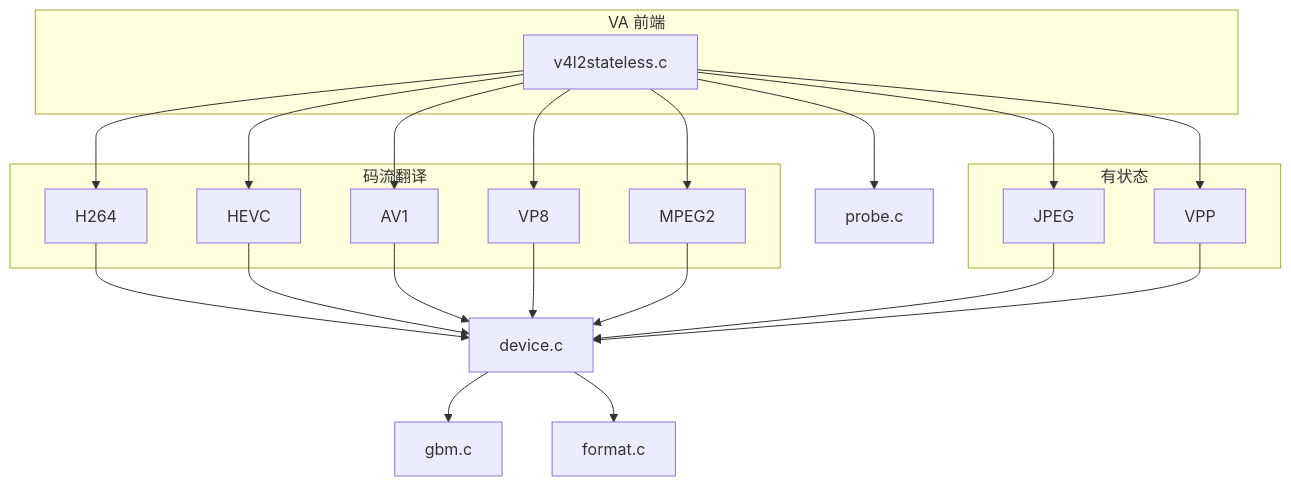
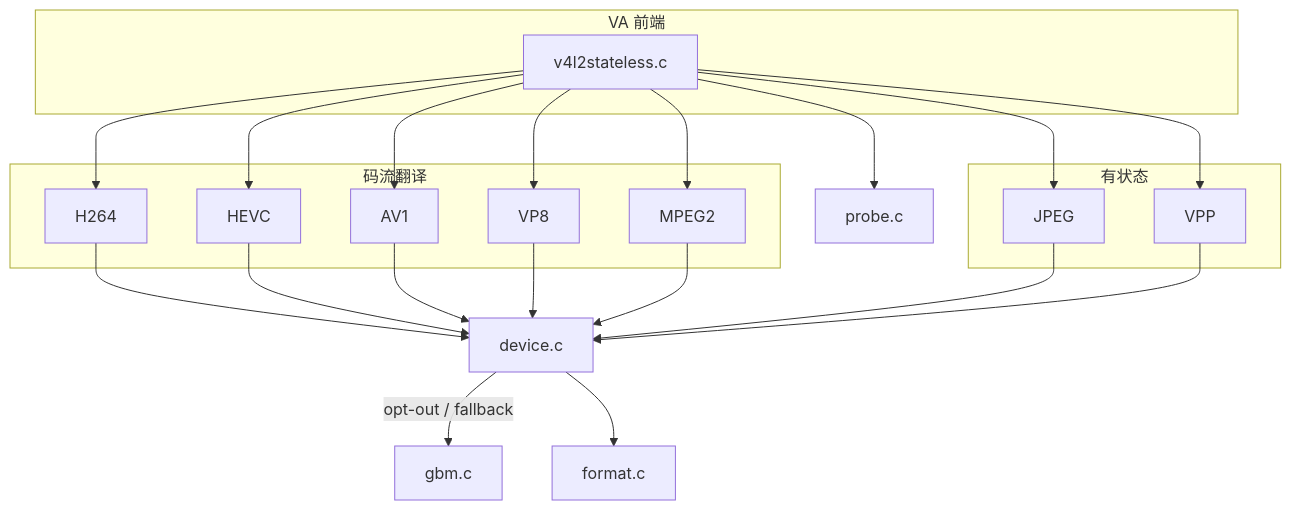
One commit to pty819/vaapi-v4l2-bridge changed the diagram in docs/modules/index.md. Above: the diagram before and after it, drawn with Mermaid. The commit also changed other lines of this file and 26 other files, not shown here.

````diff
--- a/docs/modules/index.md
+++ b/docs/modules/index.md
@@ -23,25 +23,25 @@
 ```{mermaid}
 flowchart TB
   subgraph front [VA 前端]
     C[v4l2stateless.c]
   end
   subgraph tx [码流翻译]
     H264
     HEVC
     AV1
     VP8
     MPEG2
   end
   subgraph m2m [有状态]
     JPEG
     VPP
   end
   C --> H264 & HEVC & AV1 & VP8 & MPEG2
   C --> JPEG & VPP
   H264 & HEVC & AV1 & VP8 & MPEG2 --> DEV[device.c]
-  DEV --> GBM[gbm.c]
+  DEV -->|opt-out / fallback| GBM[gbm.c]
   DEV --> FMT[format.c]
   C --> PROBE[probe.c]
   JPEG --> DEV
   VPP --> DEV
 ```
````
